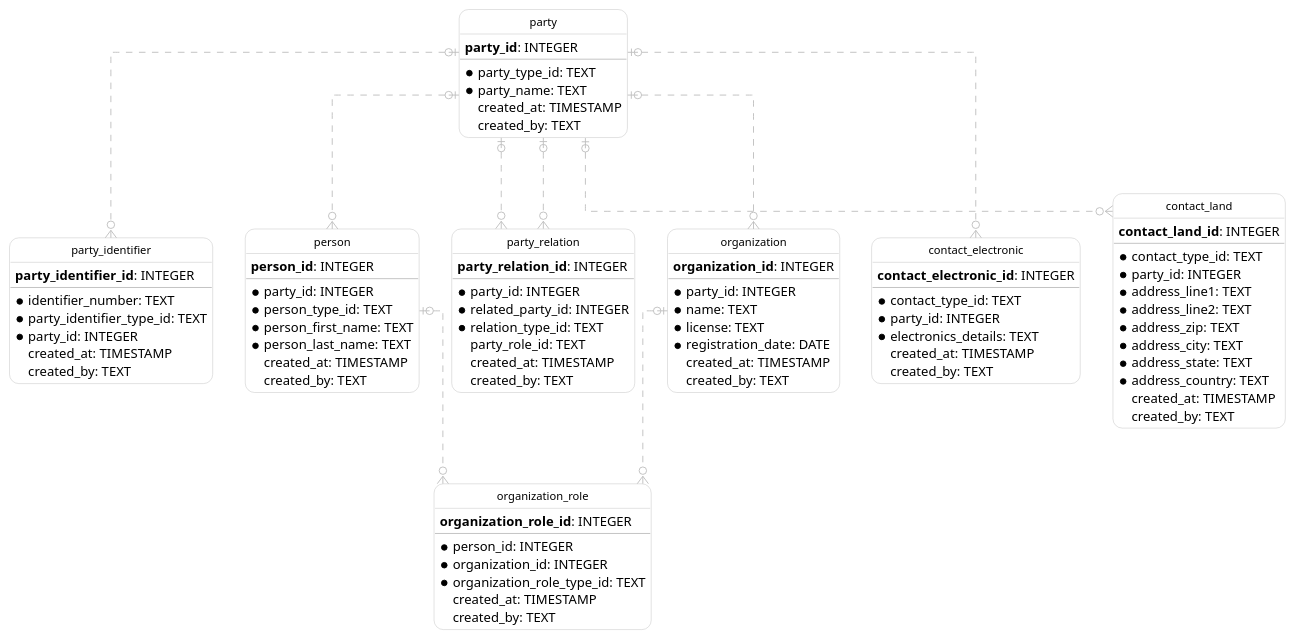
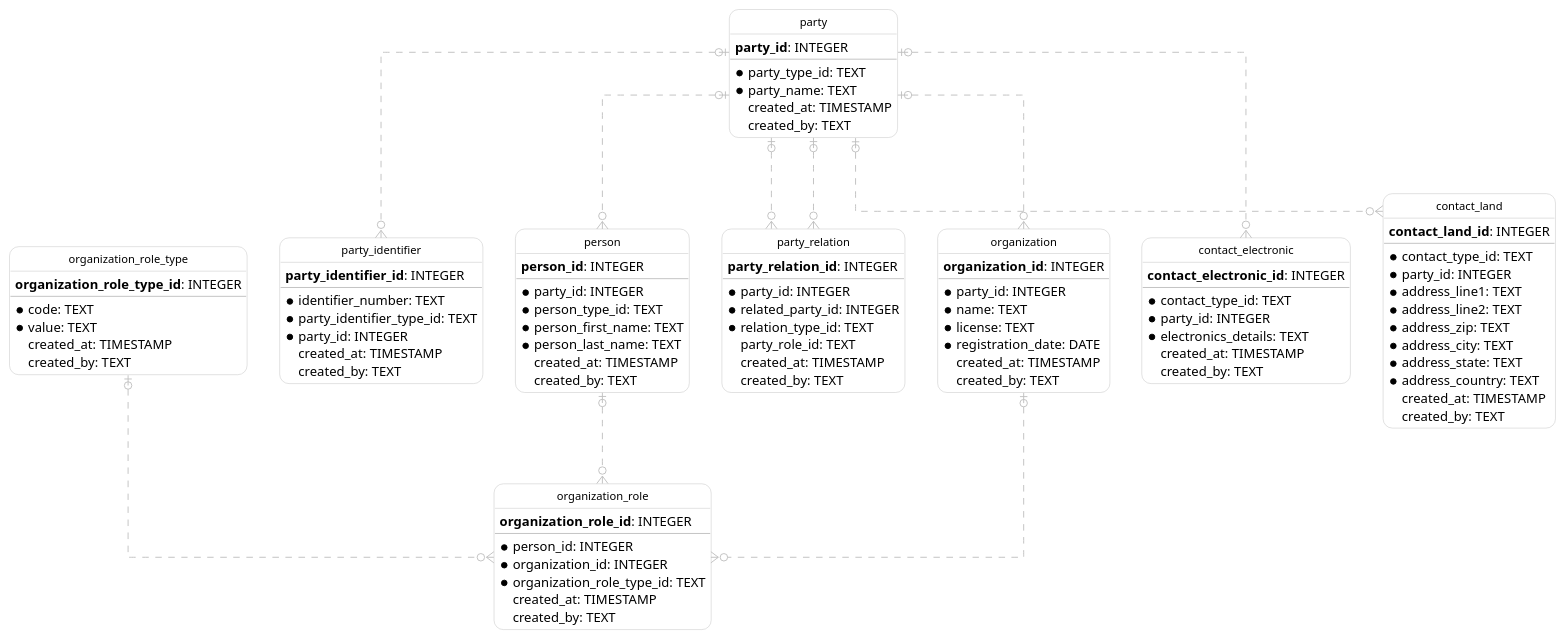
Before and after one commit to netspective-labs/sql-aide: the diagram in pattern/udm/models_test.fixture.puml, drawn with PlantUML. The commit also changed 13 other files, not shown here.

```diff
--- a/pattern/udm/models_test.fixture.puml
+++ b/pattern/udm/models_test.fixture.puml
@@ -1,109 +1,119 @@
 @startuml IE
   hide circle
   skinparam linetype ortho
   skinparam roundcorner 20
   skinparam class {
     BackgroundColor White
     ArrowColor Silver
     BorderColor Silver
     FontColor Black
     FontSize 12
+  }
+
+  entity "organization_role_type" as organization_role_type {
+      **organization_role_type_id**: INTEGER
+    --
+    * code: TEXT
+    * value: TEXT
+      created_at: TIMESTAMP
+      created_by: TEXT
   }
 
   entity "party" as party {
       **party_id**: INTEGER
     --
     * party_type_id: TEXT
     * party_name: TEXT
       created_at: TIMESTAMP
       created_by: TEXT
   }
 
   entity "party_identifier" as party_identifier {
       **party_identifier_id**: INTEGER
     --
     * identifier_number: TEXT
     * party_identifier_type_id: TEXT
     * party_id: INTEGER
       created_at: TIMESTAMP
       created_by: TEXT
   }
 
   entity "person" as person {
       **person_id**: INTEGER
     --
     * party_id: INTEGER
     * person_type_id: TEXT
     * person_first_name: TEXT
     * person_last_name: TEXT
       created_at: TIMESTAMP
       created_by: TEXT
   }
 
   entity "party_relation" as party_relation {
       **party_relation_id**: INTEGER
     --
     * party_id: INTEGER
     * related_party_id: INTEGER
     * relation_type_id: TEXT
       party_role_id: TEXT
       created_at: TIMESTAMP
       created_by: TEXT
   }
 
   entity "organization" as organization {
       **organization_id**: INTEGER
     --
     * party_id: INTEGER
     * name: TEXT
     * license: TEXT
     * registration_date: DATE
       created_at: TIMESTAMP
       created_by: TEXT
   }
 
   entity "organization_role" as organization_role {
       **organization_role_id**: INTEGER
     --
     * person_id: INTEGER
     * organization_id: INTEGER
     * organization_role_type_id: TEXT
       created_at: TIMESTAMP
       created_by: TEXT
   }
 
   entity "contact_electronic" as contact_electronic {
       **contact_electronic_id**: INTEGER
     --
     * contact_type_id: TEXT
     * party_id: INTEGER
     * electronics_details: TEXT
       created_at: TIMESTAMP
       created_by: TEXT
   }
 
   entity "contact_land" as contact_land {
       **contact_land_id**: INTEGER
     --
     * contact_type_id: TEXT
     * party_id: INTEGER
     * address_line1: TEXT
     * address_line2: TEXT
     * address_zip: TEXT
     * address_city: TEXT
     * address_state: TEXT
     * address_country: TEXT
       created_at: TIMESTAMP
       created_by: TEXT
   }
 
   party |o..o{ party_identifier
   party |o..o{ person
   party |o..o{ party_relation
   party |o..o{ party_relation
   party |o..o{ organization
   person |o..o{ organization_role
   organization |o..o{ organization_role
+  organization_role_type |o..o{ organization_role
   party |o..o{ contact_electronic
   party |o..o{ contact_land
 @enduml
```
